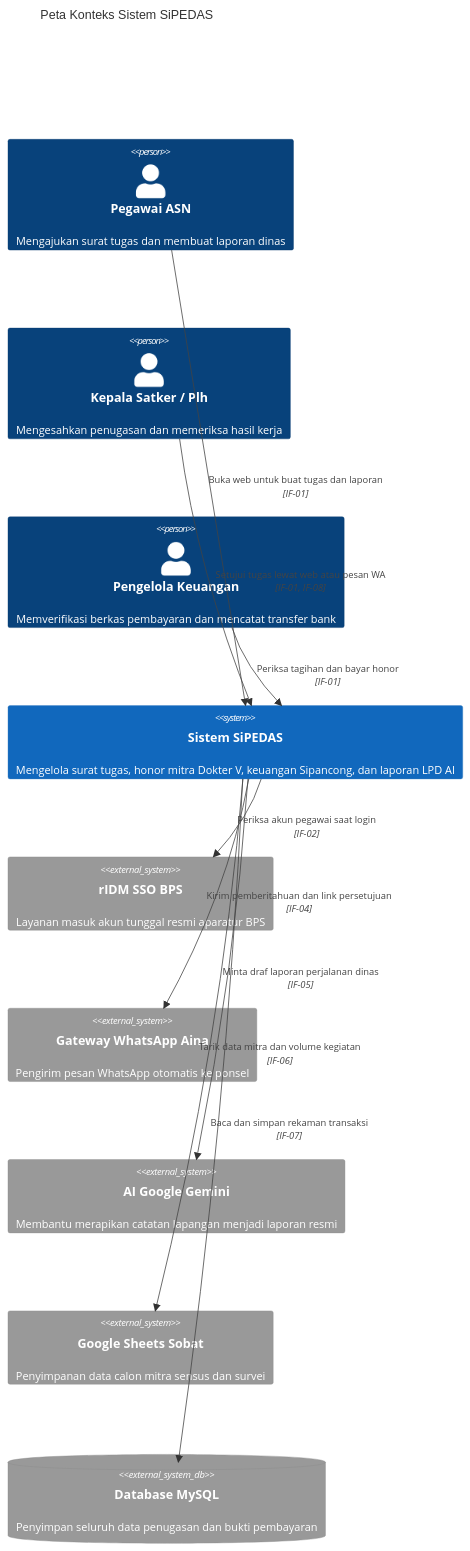
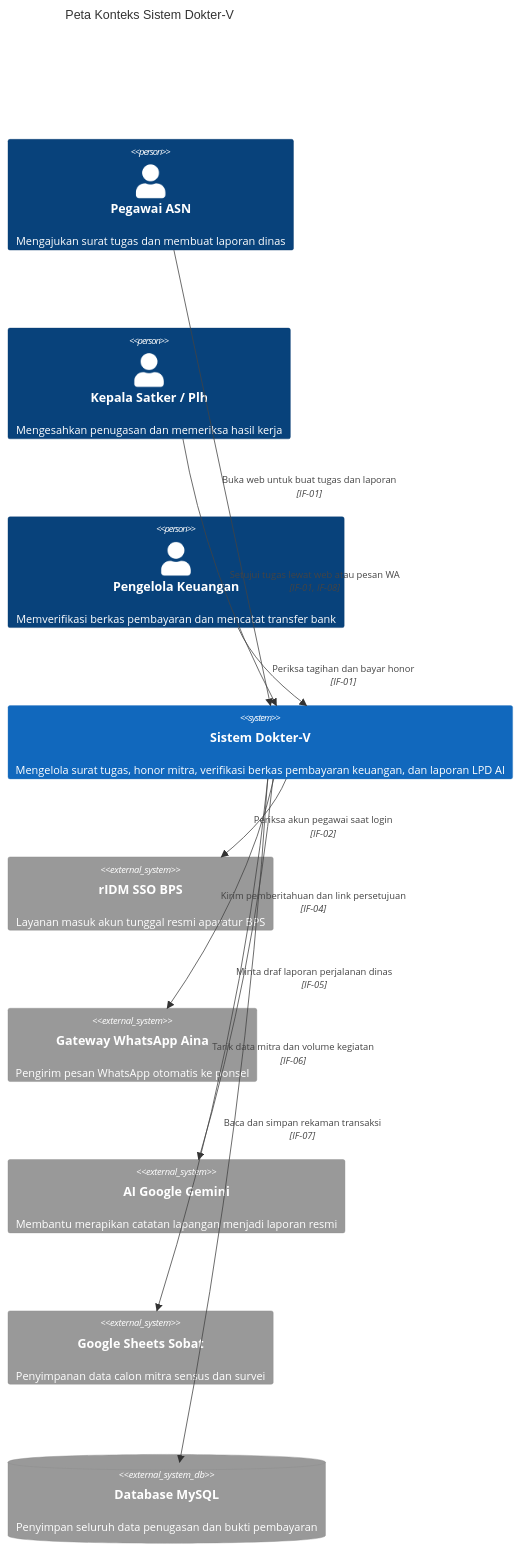
One commit to ihkaru/sipedas changed the second of 2 diagrams in docs/architecture/03_context_and_scope.md. Above: the diagram before and after it, drawn with Mermaid. The commit also changed other lines of this file and 53 other files, not shown here.

Commit message:
feat(pembayaran): eliminate SiPEDAS and Sipancong legacy names, refresh arc42 baseline, and add backward-compatible redirect

````diff
--- a/docs/architecture/03_context_and_scope.md
+++ b/docs/architecture/03_context_and_scope.md
@@ -74,26 +74,26 @@
 ```mermaid
 C4Context
-    title Peta Konteks Sistem SiPEDAS
+    title Peta Konteks Sistem Dokter-V
 
     Person(pegawai, "Pegawai ASN", "Mengajukan surat tugas dan membuat laporan dinas")
     Person(pimpinan, "Kepala Satker / Plh", "Mengesahkan penugasan dan memeriksa hasil kerja")
     Person(keuangan, "Pengelola Keuangan", "Memverifikasi berkas pembayaran dan mencatat transfer bank")
     
-    System(sipedas, "Sistem SiPEDAS", "Mengelola surat tugas, honor mitra Dokter V, keuangan Sipancong, dan laporan LPD AI")
+    System(dokterv, "Sistem Dokter-V", "Mengelola surat tugas, honor mitra, verifikasi berkas pembayaran keuangan, dan laporan LPD AI")
 
     System_Ext(ridm, "rIDM SSO BPS", "Layanan masuk akun tunggal resmi aparatur BPS")
     System_Ext(ainawa, "Gateway WhatsApp Aina", "Pengirim pesan WhatsApp otomatis ke ponsel")
     System_Ext(aigateway, "AI Google Gemini", "Membantu merapikan catatan lapangan menjadi laporan resmi")
     System_Ext(gsheets, "Google Sheets Sobat", "Penyimpanan data calon mitra sensus dan survei")
     SystemDb_Ext(mysqldb, "Database MySQL", "Penyimpan seluruh data penugasan dan bukti pembayaran")
 
-    Rel(pegawai, sipedas, "Buka web untuk buat tugas dan laporan", "IF-01")
-    Rel(pimpinan, sipedas, "Setujui tugas lewat web atau pesan WA", "IF-01, IF-08")
-    Rel(keuangan, sipedas, "Periksa tagihan dan bayar honor", "IF-01")
+    Rel(pegawai, dokterv, "Buka web untuk buat tugas dan laporan", "IF-01")
+    Rel(pimpinan, dokterv, "Setujui tugas lewat web atau pesan WA", "IF-01, IF-08")
+    Rel(keuangan, dokterv, "Periksa tagihan dan bayar honor", "IF-01")
 
-    Rel(sipedas, ridm, "Periksa akun pegawai saat login", "IF-02")
-    Rel(sipedas, ainawa, "Kirim pemberitahuan dan link persetujuan", "IF-04")
-    Rel(sipedas, aigateway, "Minta draf laporan perjalanan dinas", "IF-05")
-    Rel(sipedas, gsheets, "Tarik data mitra dan volume kegiatan", "IF-06")
-    Rel(sipedas, mysqldb, "Baca dan simpan rekaman transaksi", "IF-07")
+    Rel(dokterv, ridm, "Periksa akun pegawai saat login", "IF-02")
+    Rel(dokterv, ainawa, "Kirim pemberitahuan dan link persetujuan", "IF-04")
+    Rel(dokterv, aigateway, "Minta draf laporan perjalanan dinas", "IF-05")
+    Rel(dokterv, gsheets, "Tarik data mitra dan volume kegiatan", "IF-06")
+    Rel(dokterv, mysqldb, "Baca dan simpan rekaman transaksi", "IF-07")
 ```
````
